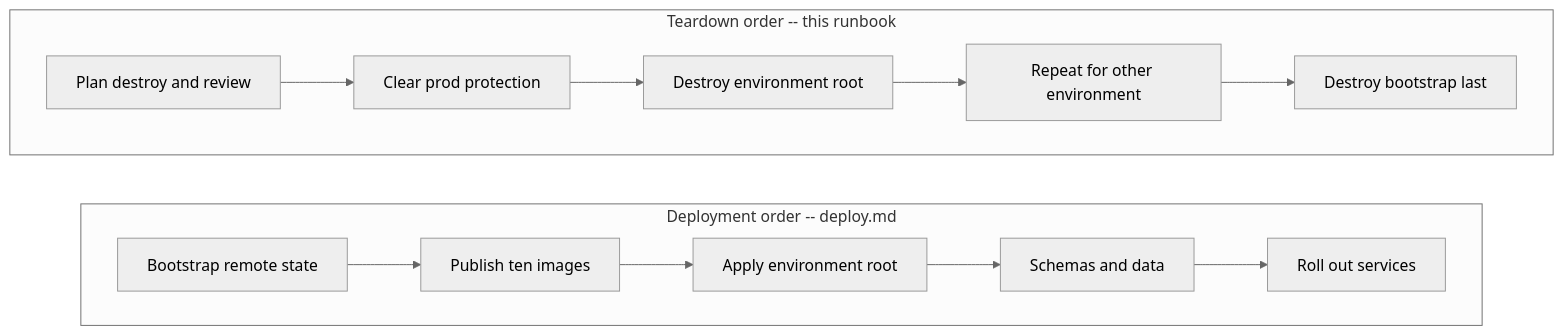
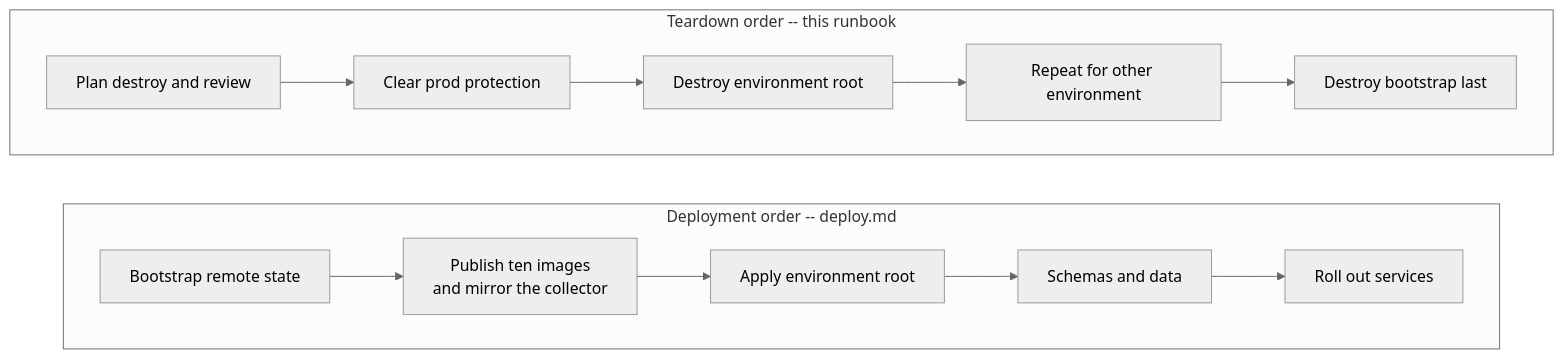
Before and after one commit to Blitzy-LocalStack/aws-mainframe-modernization-carddemo: the diagram in docs/runbooks/teardown.md, drawn with Mermaid (neutral theme). The commit also changed other lines of this file and 325 other files, not shown here.

````diff
--- a/docs/runbooks/teardown.md
+++ b/docs/runbooks/teardown.md
@@ -91,17 +105,17 @@
 ```mermaid
 graph LR
     subgraph Deployment["Deployment order -- deploy.md"]
         direction LR
-        D1[Bootstrap remote state] --> D2[Publish ten images]
+        D1[Bootstrap remote state] --> D2[Publish ten images<br/>and mirror the collector]
         D2 --> D3[Apply environment root]
         D3 --> D4[Schemas and data]
         D4 --> D5[Roll out services]
     end
     subgraph Teardown["Teardown order -- this runbook"]
         direction LR
         T1[Plan destroy and review] --> T2[Clear prod protection]
         T2 --> T3[Destroy environment root]
         T3 --> T4[Repeat for other environment]
         T4 --> T5[Destroy bootstrap last]
     end
 ```
````
